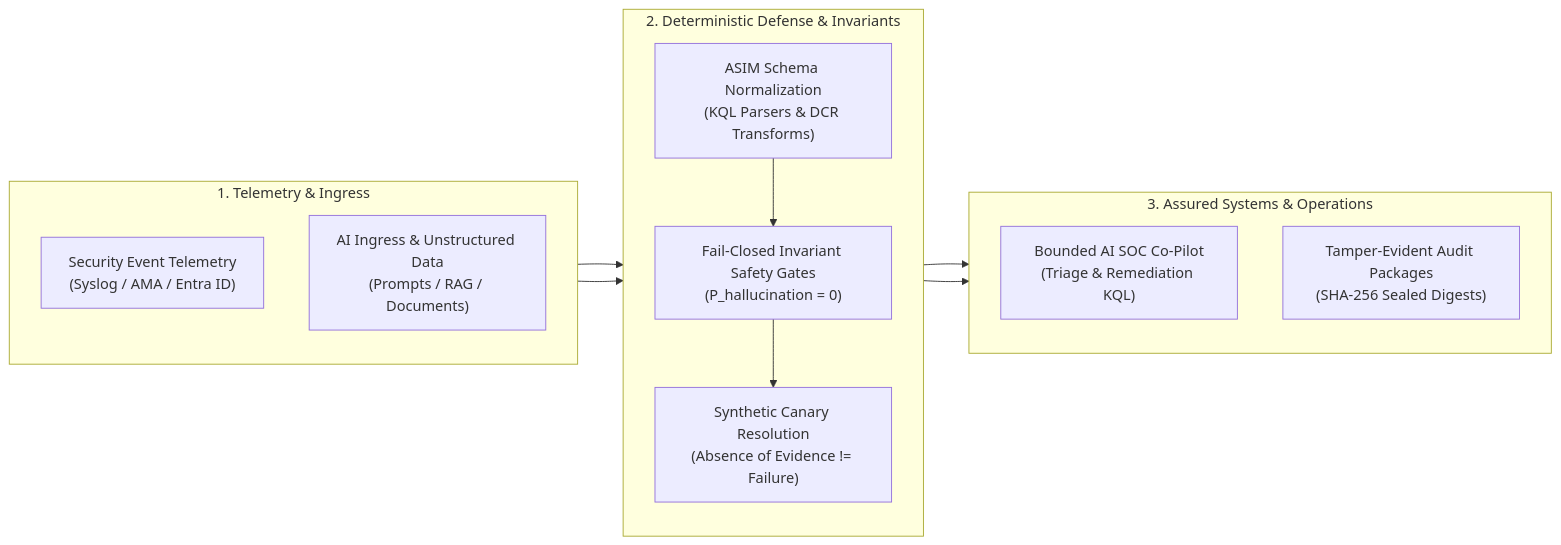
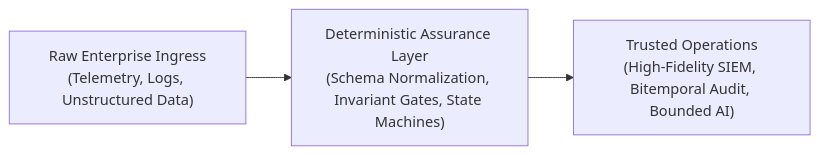
The diagram in README.md (86sunbot/86sunbot), drawn with Mermaid before and after one commit. The commit also changed other lines of this file, not shown here.

Commit message:
refactor: simplify profile with elegant, authoritative, and impact-driven architecture framing

````diff
--- a/README.md
+++ b/README.md
@@ -19,27 +18,5 @@
 ```mermaid
 flowchart LR
-    subgraph Ingestion["1. Telemetry & Ingress"]
-        direction TB
-        Logs["Security Event Telemetry\n(Syslog / AMA / Entra ID)"]
-        Prompts["AI Ingress & Unstructured Data\n(Prompts / RAG / Documents)"]
-    end
-
-    subgraph Defense["2. Deterministic Defense & Invariants"]
-        direction TB
-        ASIM["ASIM Schema Normalization\n(KQL Parsers & DCR Transforms)"]
-        Gates["Fail-Closed Invariant Safety Gates\n(P_hallucination = 0)"]
-        Canary["Synthetic Canary Resolution\n(Absence of Evidence != Failure)"]
-    end
-
-    subgraph Assurance["3. Assured Systems & Operations"]
-        direction TB
-        SOC["Bounded AI SOC Co-Pilot\n(Triage & Remediation KQL)"]
-        Audit["Tamper-Evident Audit Packages\n(SHA-256 Sealed Digests)"]
-    end
-
-    Logs --> ASIM --> Gates
-    Prompts --> Gates
-    Gates --> Canary
-    Canary --> SOC
-    Canary --> Audit
+    A["Raw Enterprise Ingress\n(Telemetry, Logs, Unstructured Data)"] --> B["Deterministic Assurance Layer\n(Schema Normalization, Invariant Gates, State Machines)"]
+    B --> C["Trusted Operations\n(High-Fidelity SIEM, Bitemporal Audit, Bounded AI)"]
 ```
````
